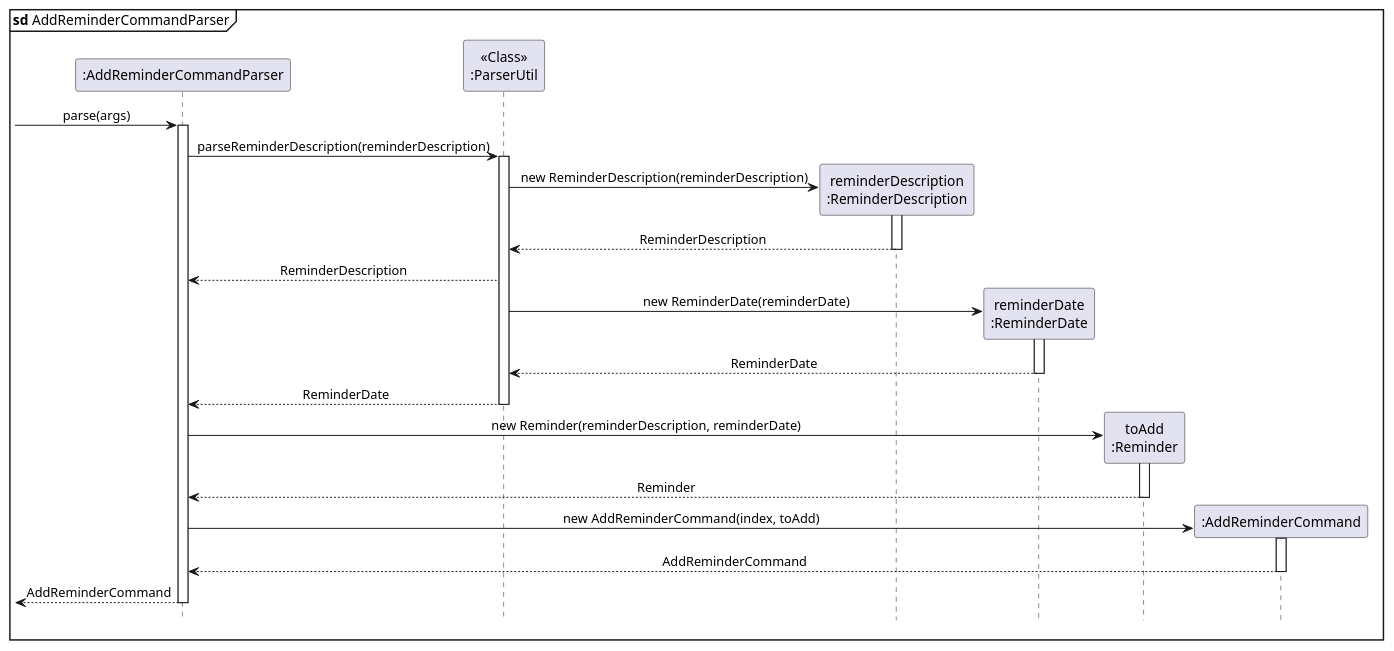
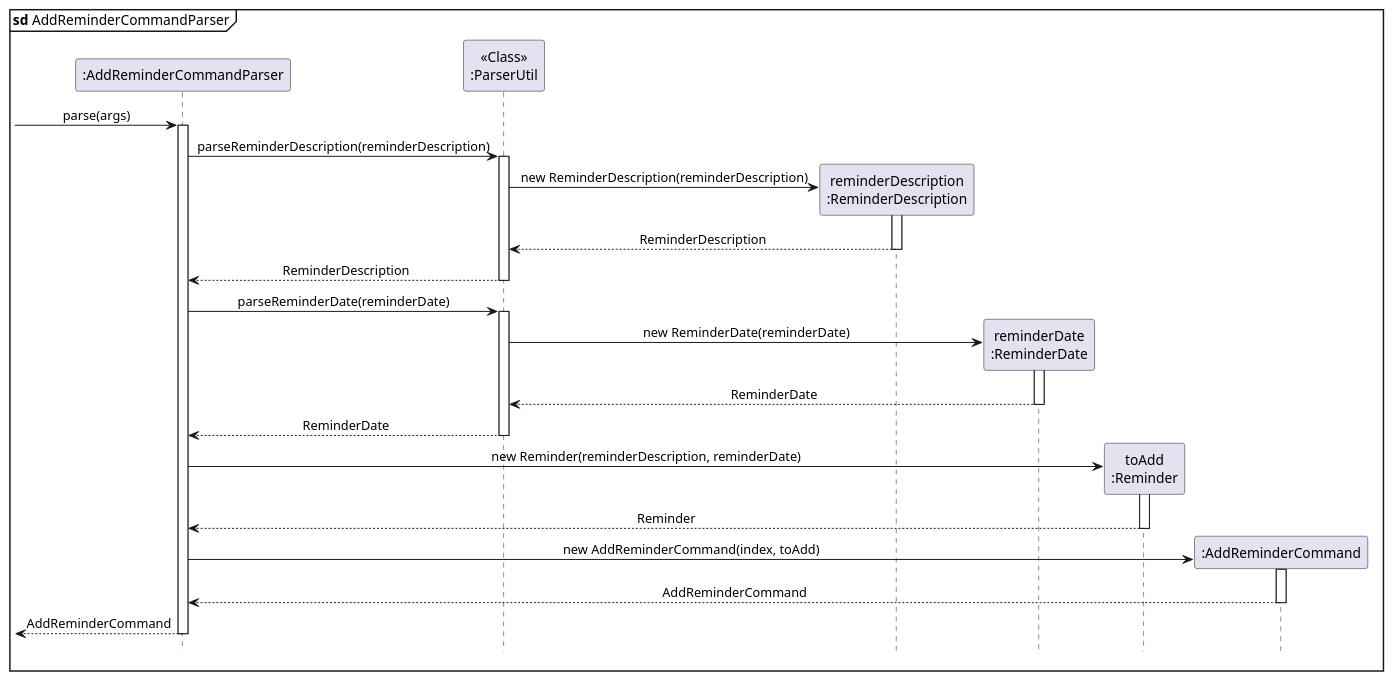
One commit to pyk595/tp changed the diagram in docs/diagrams/AddReminderCommandParserSeqDiagram.puml. Above: the diagram before and after it, drawn with PlantUML. The commit also changed 3 other files, not shown here.

Commit message:
Fix UML diagrams in DG based on comments

```diff
--- a/docs/diagrams/AddReminderCommandParserSeqDiagram.puml
+++ b/docs/diagrams/AddReminderCommandParserSeqDiagram.puml
@@ -1,64 +1,68 @@
 @startuml
 'https://plantuml.com/sequence-diagram
 
 mainframe **sd** AddReminderCommandParser
 hide footbox
 
 skinparam Sequence {
     MessageAlign center
     BoxFontSize 15
     BoxPadding 0
     BoxFontColor #FFFFFF
     FontName Arial
 }
 
 participant ":AddReminderCommandParser" as AddReminderCommandParser
 participant "<<Class>>\n:ParserUtil" as ParserUtil
 participant "reminderDescription\n:ReminderDescription" as ReminderDescription
 participant "reminderDate\n:ReminderDate" as ReminderDate
 participant "toAdd\n:Reminder" as Reminder
 participant ":AddReminderCommand" as AddReminderCommand
 
 -> AddReminderCommandParser : parse(args)
 
 activate AddReminderCommandParser
 AddReminderCommandParser -> ParserUtil : parseReminderDescription(reminderDescription)
 activate ParserUtil
 
 create ReminderDescription
 ParserUtil -> ReminderDescription : new ReminderDescription(reminderDescription)
 activate ReminderDescription
 
 ReminderDescription --> ParserUtil : ReminderDescription
 deactivate ReminderDescription
 
 ParserUtil --> AddReminderCommandParser : ReminderDescription
+deactivate ParserUtil
+
+AddReminderCommandParser -> ParserUtil : parseReminderDate(reminderDate)
+activate ParserUtil
 
 create ReminderDate
 ParserUtil -> ReminderDate : new ReminderDate(reminderDate)
 activate ReminderDate
 
 ReminderDate --> ParserUtil : ReminderDate
 deactivate ReminderDate
 
 ParserUtil --> AddReminderCommandParser : ReminderDate
 deactivate ParserUtil
 
 create Reminder
 AddReminderCommandParser -> Reminder : new Reminder(reminderDescription, reminderDate)
 activate Reminder
 
 Reminder --> AddReminderCommandParser : Reminder
 deactivate Reminder
 
 create AddReminderCommand
 AddReminderCommandParser -> AddReminderCommand : new AddReminderCommand(index, toAdd)
 activate AddReminderCommand
 
 AddReminderCommand --> AddReminderCommandParser : AddReminderCommand
 deactivate AddReminderCommand
 
 <-- AddReminderCommandParser : AddReminderCommand
 deactivate AddReminderCommandParser
 
 @enduml
```
